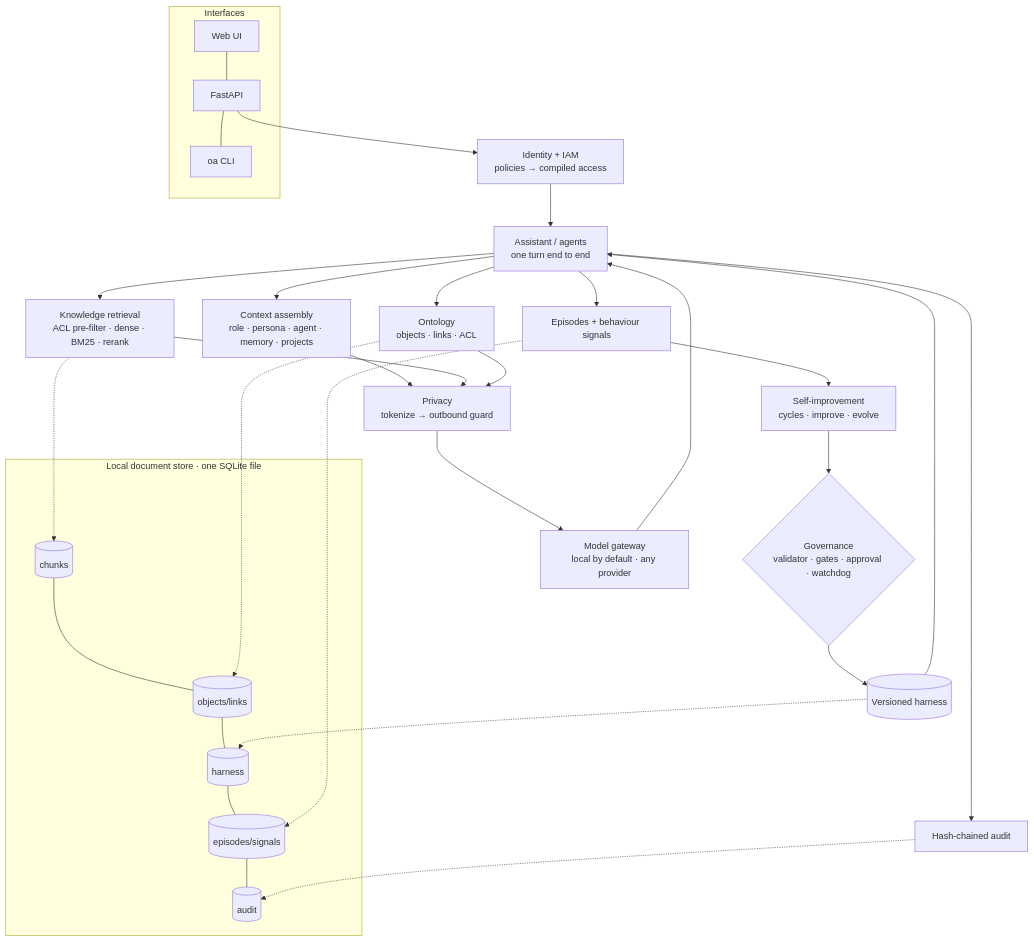
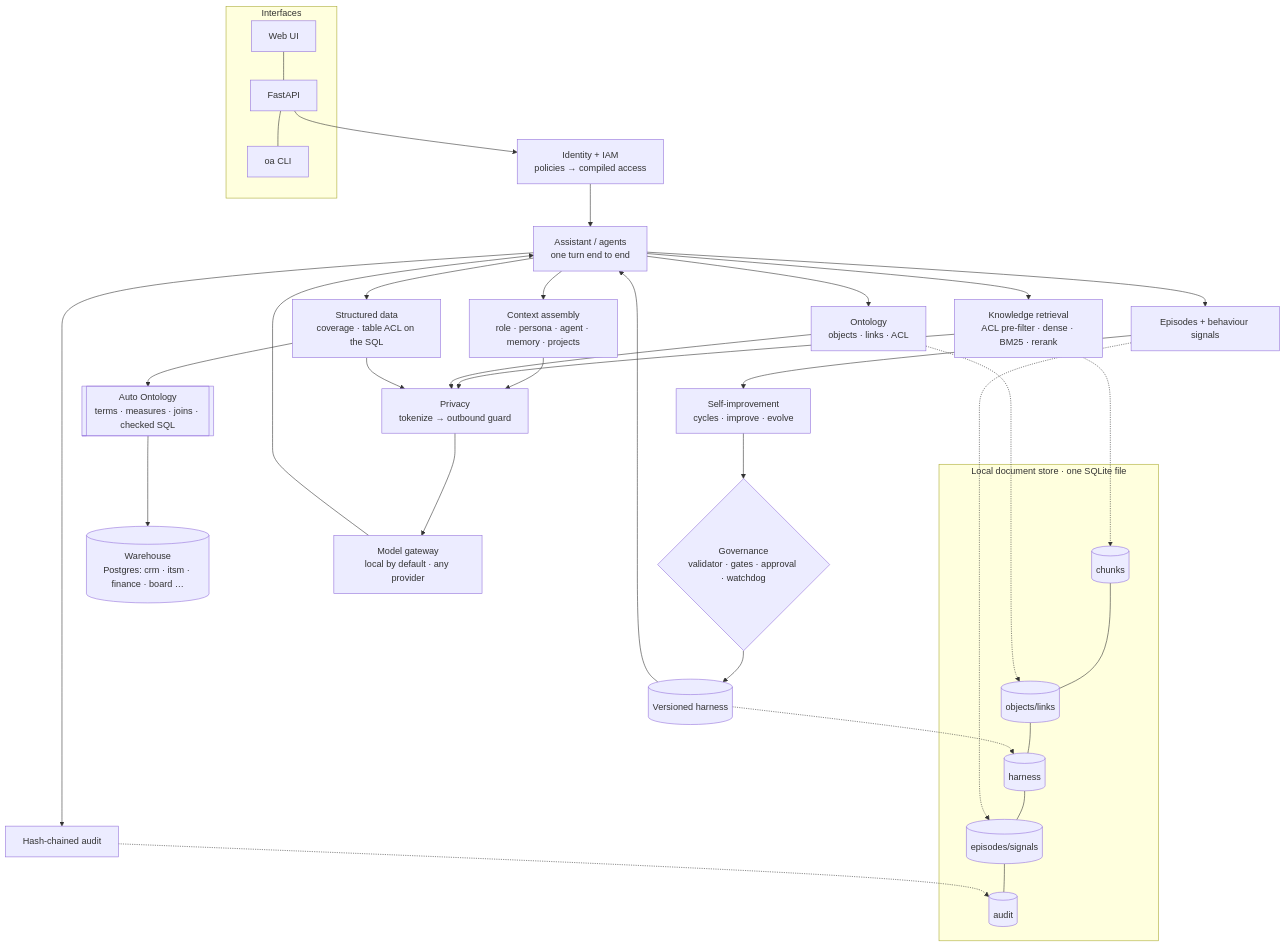
The first of 3 diagrams in docs/ARCHITECTURE.md (sandeepvijayarao09/omniq), drawn with Mermaid before and after one commit. The commit also changed other lines of this file and 17 other files, not shown here.

First line of the commit message:
Structured data through NVIDIA Auto Ontology, under Omniq's access control

````diff
--- a/docs/ARCHITECTURE.md
+++ b/docs/ARCHITECTURE.md
@@ -40,28 +92,31 @@
 ```mermaid
 flowchart TB
   subgraph Interfaces
     UI[Web UI] --- API[FastAPI] --- CLI[oa CLI]
   end
   API --> AUTH[Identity + IAM<br/>policies → compiled access]
   AUTH --> ASSIST[Assistant / agents<br/>one turn end to end]
   ASSIST --> CTX[Context assembly<br/>role · persona · agent · memory · projects]
   ASSIST --> RET[Knowledge retrieval<br/>ACL pre-filter · dense · BM25 · rerank]
   ASSIST --> ONT[Ontology<br/>objects · links · ACL]
-  CTX & RET & ONT --> PRIV[Privacy<br/>tokenize → outbound guard]
+  ASSIST --> SQ[Structured data<br/>coverage · table ACL on the SQL]
+  SQ --> AO[[Auto Ontology<br/>terms · measures · joins · checked SQL]]
+  AO --> WH[(Warehouse<br/>Postgres: crm · itsm · finance · board …)]
+  CTX & RET & ONT & SQ --> PRIV[Privacy<br/>tokenize → outbound guard]
   PRIV --> GW[Model gateway<br/>local by default · any provider]
   GW --> ASSIST
   ASSIST --> REC[Episodes + behaviour signals]
   ASSIST --> AUD[Hash-chained audit]
   REC --> SI[Self-improvement<br/>cycles · improve · evolve]
   SI --> GOV{Governance<br/>validator · gates · approval · watchdog}
   GOV --> HV[(Versioned harness)]
   HV --> ASSIST
   subgraph Store[Local document store · one SQLite file]
     D1[(chunks)] --- D2[(objects/links)] --- D3[(harness)] --- D4[(episodes/signals)] --- D5[(audit)]
   end
   RET -.-> D1
   ONT -.-> D2
   HV -.-> D3
   REC -.-> D4
   AUD -.-> D5
 ```
````
